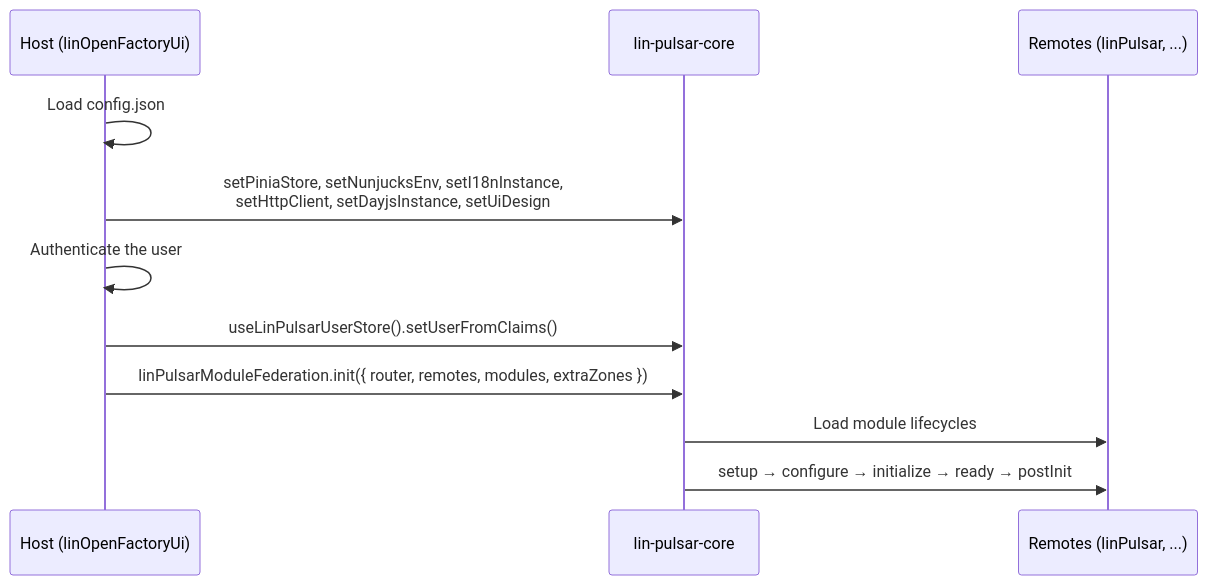
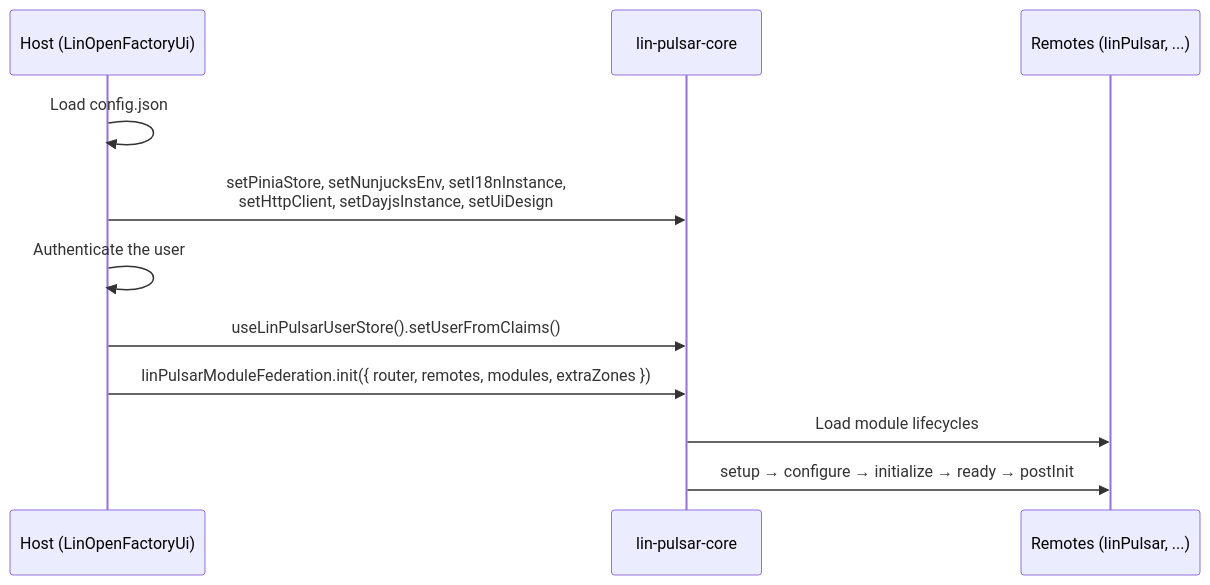
One commit to linagora/lin-pulsar-core changed the diagram in docs/getting-started.md. Above: the diagram before and after it, drawn with Mermaid. The commit also changed other lines of this file and 72 other files, not shown here.

Commit message:
fix: standardize "linOpenFactory" to "LinOpenFactory" across multiple files

````diff
--- a/docs/getting-started.md
+++ b/docs/getting-started.md
@@ -6,13 +6,13 @@
 ```mermaid
 sequenceDiagram
-  participant Host as Host (linOpenFactoryUi)
+  participant Host as Host (LinOpenFactoryUi)
   participant Core as lin-pulsar-core
   participant Remote as Remotes (linPulsar, ...)
   Host->>Host: Load config.json
   Host->>Core: setPiniaStore, setNunjucksEnv, setI18nInstance,<br/>setHttpClient, setDayjsInstance, setUiDesign
   Host->>Host: Authenticate the user
   Host->>Core: useLinPulsarUserStore().setUserFromClaims()
   Host->>Core: linPulsarModuleFederation.init({ router, remotes, modules, extraZones })
   Core->>Remote: Load module lifecycles
   Core->>Remote: setup → configure → initialize → ready → postInit
 ```
````
